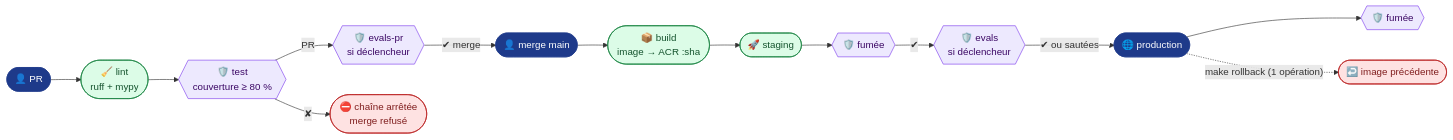
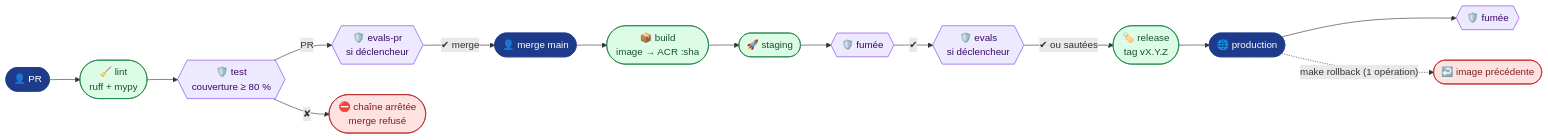
One commit to acerolaz/agentinsurflow changed the diagram in README.md. Above: the diagram before and after it, drawn with Mermaid. The commit also changed other lines of this file and 5 other files, not shown here.

First line of the commit message:
Versionnement : artefact X.Y.Z-build.N et tag de release vX.Y.Z avant la production (#1)

````diff
--- a/README.md
+++ b/README.md
@@ -10,17 +10,17 @@
 ```mermaid
 flowchart LR
     PR(["👤 PR"]) --> L(["🧹 lint<br/>ruff + mypy"]) --> T{{"🛡️ test<br/>couverture ≥ 80 %"}}
     T -- "PR" --> EP{{"🛡️ evals-pr<br/>si déclencheur"}} -- "✔ merge" --> M(["👤 merge main"])
     M --> B(["📦 build<br/>image → ACR :sha"]) --> S(["🚀 staging"]) --> FS{{"🛡️ fumée"}}
-    FS -- "✔" --> EV{{"🛡️ evals<br/>si déclencheur"}} -- "✔ ou sautées" --> P(["🌐 production"]) --> FP{{"🛡️ fumée"}}
+    FS -- "✔" --> EV{{"🛡️ evals<br/>si déclencheur"}} -- "✔ ou sautées" --> R(["🏷️ release<br/>tag vX.Y.Z"]) --> P(["🌐 production"]) --> FP{{"🛡️ fumée"}}
     T -- "✘" --> X(["⛔ chaîne arrêtée<br/>merge refusé"])
     P -. "make rollback (1 opération)" .-> RB(["↩️ image précédente"])
     classDef plat fill:#1E3A8A,stroke:#1E3A8A,color:#fff
     classDef ok fill:#DCFCE7,stroke:#15803D,color:#14532D
     classDef ko fill:#FEE2E2,stroke:#B91C1C,color:#7F1D1D
     classDef gate fill:#EDE9FE,stroke:#7C3AED,color:#3B0764
     class PR,M,P plat
-    class L,B,S ok
+    class L,B,S,R ok
     class X,RB ko
     class T,EP,FS,EV,FP gate
 ```
````
